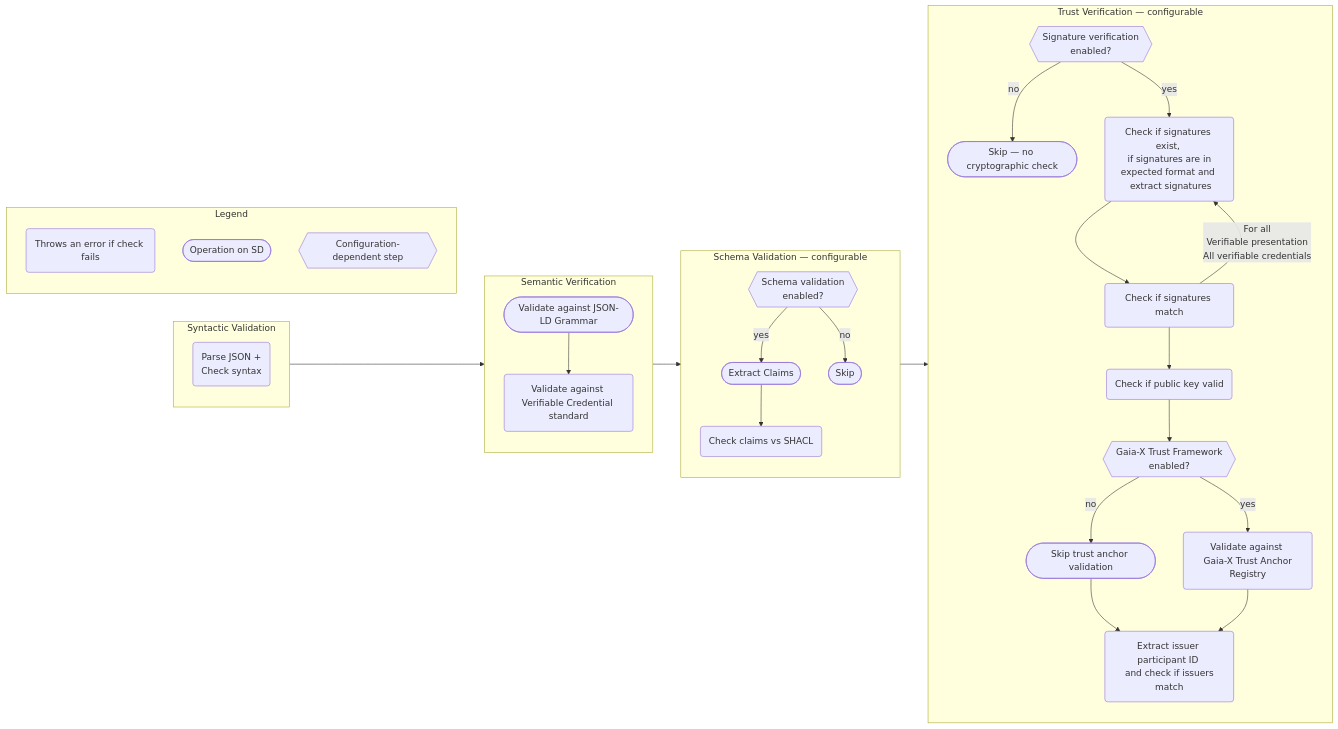
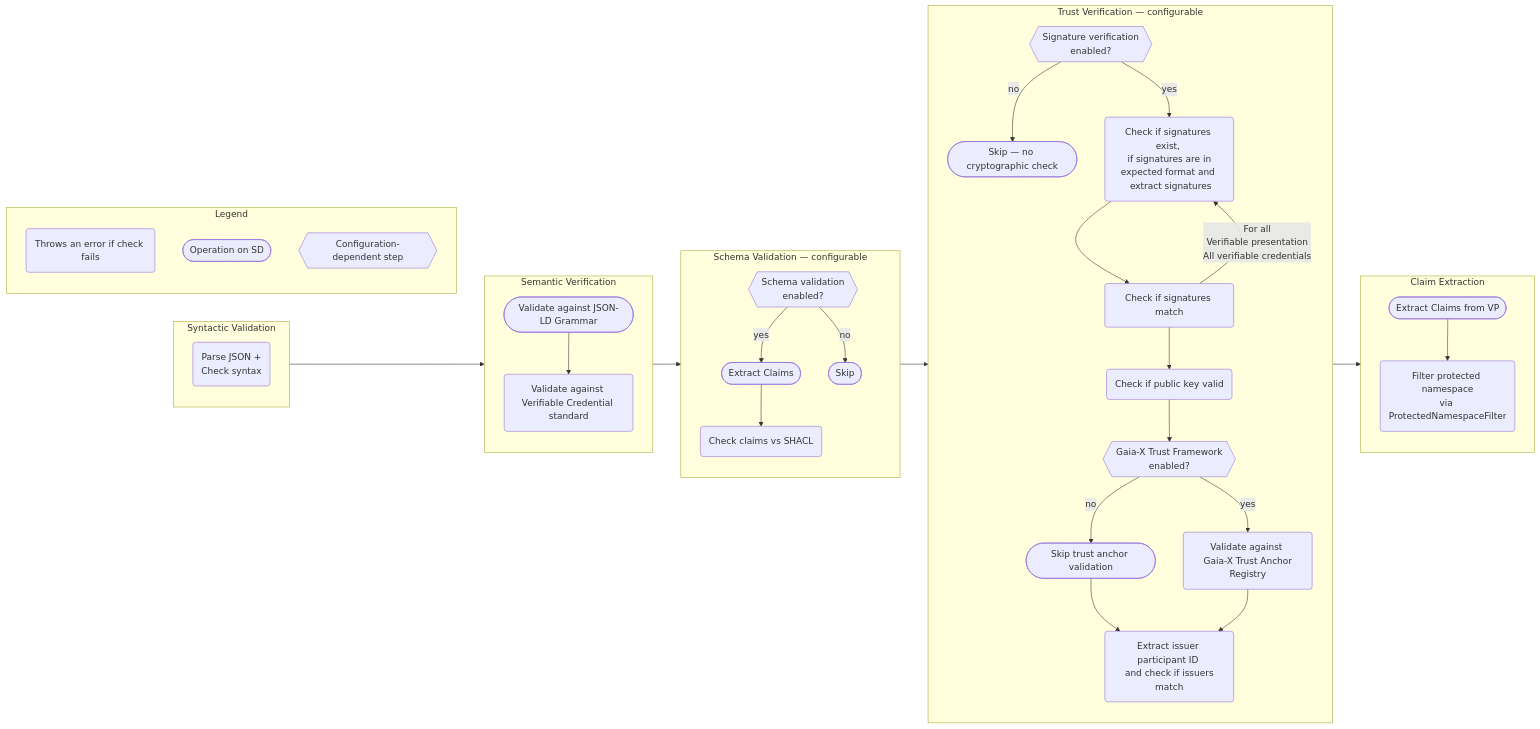
Diagram 32 of 32 in federated-catalogue/src/docs/architecture/chapters/06_runtime_view.adoc (federated-catalogue-enhancements-2026/docs), drawn with Mermaid before and after one commit. The commit also changed other lines of this file and 2 other files, not shown here.

First line of the commit message:
[CAT-FR-GD-09] Documents protected namespace filter to safeguard internal metadata

```diff
--- a/federated-catalogue/src/docs/architecture/chapters/06_runtime_view.adoc
+++ b/federated-catalogue/src/docs/architecture/chapters/06_runtime_view.adoc
@@ -966,42 +986,48 @@
 [mermaid, width=2000]
 ....
 flowchart LR
     subgraph one [Syntactic Validation]
         oneB(Parse JSON +<br> Check syntax)
     end
     subgraph two [Semantic Verification]
         direction TB
         twoA([Validate against JSON-LD Grammar])
         twoA --> twoB(Validate against Verifiable Credential standard)
     end
     subgraph three [Schema Validation — configurable]
         direction TB
         threeA{{Schema validation<br>enabled?}}
         threeA --> |yes| threeB([Extract Claims])
         threeB --> threeC(Check claims vs SHACL)
         threeA --> |no| threeD([Skip])
     end
     subgraph four [Trust Verification — configurable]
         direction TB
         fourPre{{Signature verification<br>enabled?}}
         fourPre --> |no| fourSkip([Skip — no cryptographic check])
         fourPre --> |yes| fourA(Check if signatures exist, <br> if signatures are in expected format and <br> extract signatures)
         fourA --> fourB(Check if signatures match)
         fourB --> |For all <br> Verifiable presentation <br> All verifiable credentials| fourA
         fourB --> fourC(Check if public key valid)
         fourC --> fourD{{Gaia-X Trust Framework <br> enabled?}}
         fourD --> |yes| fourE(Validate against <br> Gaia-X Trust Anchor Registry)
         fourD --> |no| fourF([Skip trust anchor validation])
         fourF --> fourG(Extract issuer participant ID <br> and check if issuers match)
         fourE --> fourG
     end
     one --> two
     two --> three
     three --> four
-    subgraph five [Legend]
+    four --> five
+    subgraph five [Claim Extraction]
+        direction TB
+        fiveA([Extract Claims from VP])
+        fiveA --> fiveB(Filter protected namespace<br>via ProtectedNamespaceFilter)
+    end
+    subgraph six [Legend]
         direction TB
         A(Throws an error if check fails)
         B([Operation on SD])
         C{{Configuration-dependent step}}
     end
 ....
```
